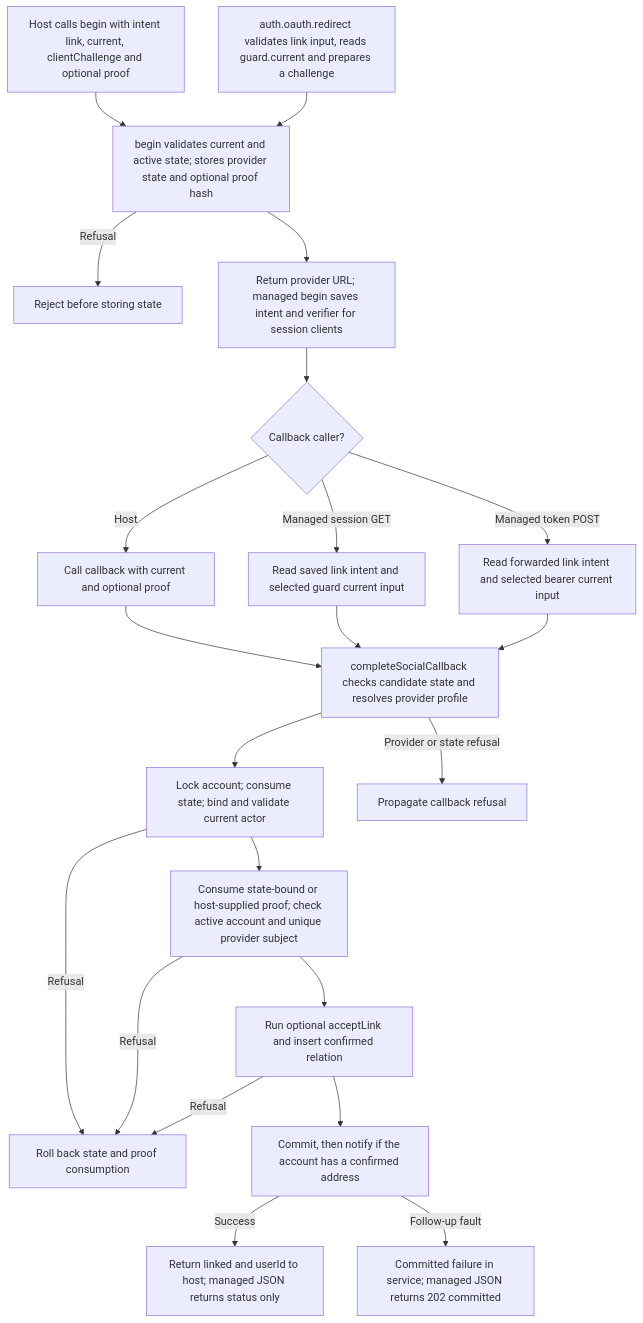
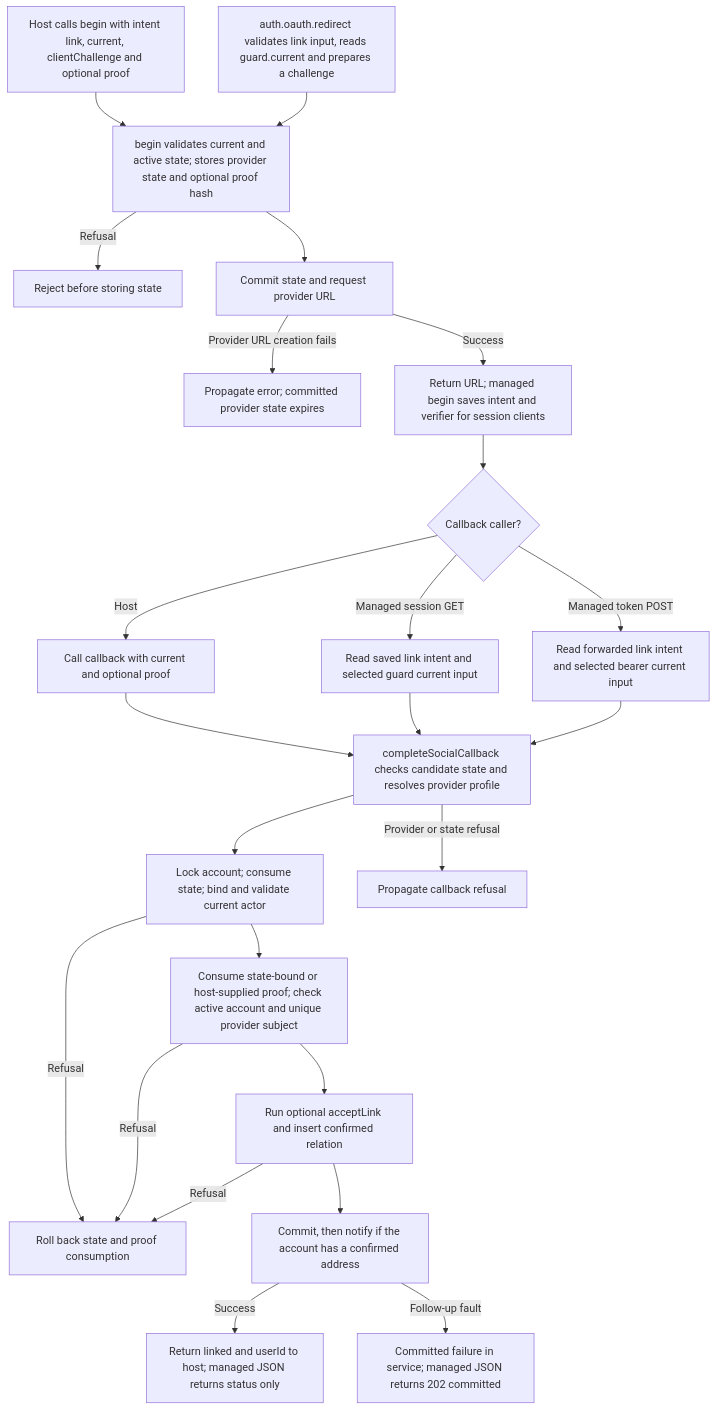
The second of 2 diagrams in user-stories/US-ACCOUNT-21-link-social-identity.md (Kevinjohn/oss-adonisjs-account-kit), drawn with Mermaid before and after one commit. The commit also changed 42 other files, not shown here.

````diff
--- a/user-stories/US-ACCOUNT-21-link-social-identity.md
+++ b/user-stories/US-ACCOUNT-21-link-social-identity.md
@@ -38,24 +38,26 @@
 ```mermaid
 flowchart TD
  A["Host calls begin with intent link, current, clientChallenge and optional proof"] --> C
  M["auth.oauth.redirect validates link input, reads guard.current and prepares a challenge"] --> C
  C["begin validates current and active state; stores provider state and optional proof hash"] -->|Refusal| E["Reject before storing state"]
- C --> U["Return provider URL; managed begin saves intent and verifier for session clients"]
- U --> S{"Callback caller?"}
+ C --> U["Commit state and request provider URL"]
+ U -->|Provider URL creation fails| U0["Propagate error; committed provider state expires"]
+ U -->|Success| U1["Return URL; managed begin saves intent and verifier for session clients"]
+ U1 --> S{"Callback caller?"}
  S -->|Host| H["Call callback with current and optional proof"]
  S -->|Managed session GET| MG["Read saved link intent and selected guard current input"]
  S -->|Managed token POST| MT["Read forwarded link intent and selected bearer current input"]
  H --> B
  MG --> B
  MT --> B
  B["completeSocialCallback checks candidate state and resolves provider profile"] --> T["Lock account; consume state; bind and validate current actor"]
  T --> P["Consume state-bound or host-supplied proof; check active account and unique provider subject"]
  P --> L["Run optional acceptLink and insert confirmed relation"]
  B -->|Provider or state refusal| X["Propagate callback refusal"]
  T -->|Refusal| R["Roll back state and proof consumption"]
  P -->|Refusal| R
  L -->|Refusal| R
  L --> F["Commit, then notify if the account has a confirmed address"]
  F -->|Success| O["Return linked and userId to host; managed JSON returns status only"]
  F -->|Follow-up fault| Y["Committed failure in service; managed JSON returns 202 committed"]
 ```
````
